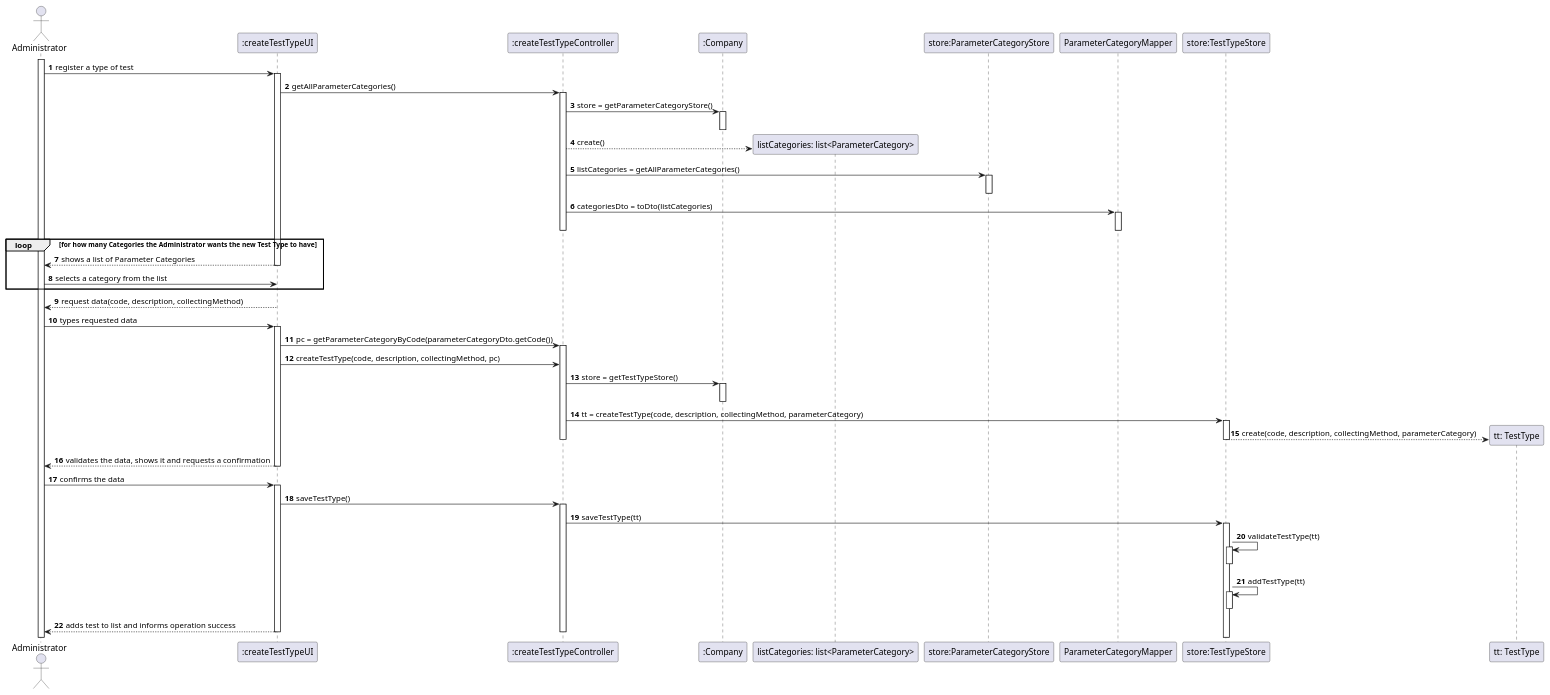
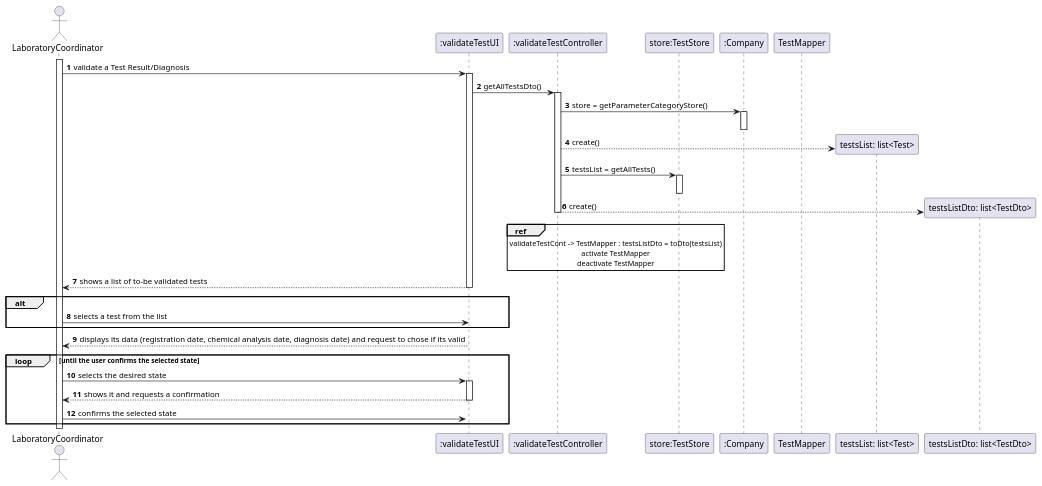
The diagram in docs/SprintC/US15/US15-SD.puml (0franciscor/lei-21-s2-1de-g19), drawn with PlantUML before and after one commit. The commit also changed 8 other files, not shown here.

Commit message:
[US-15] - Alteração dos diagramas SD e CD

```diff
--- a/docs/SprintC/US15/US15-SD.puml
+++ b/docs/SprintC/US15/US15-SD.puml
@@ -1,79 +1,67 @@
 @startuml
 autonumber
-actor "Administrator" as admin
-activate admin
+actor "LaboratoryCoordinator" as labC
+activate labC
 
-admin -> ":createTestTypeUI" : register a type of test
+participant ":validateTestUI" as validateTestUI
+participant ":validateTestController" as validateTestCont
+participant "store:TestStore" as TestStore
+participant ":Company" as comp
+participant "TestMapper" as TestMapper
+
+labC -> validateTestUI : validate a Test Result/Diagnosis
+
+activate validateTestUI
+validateTestUI -> validateTestCont: getAllTestsDto()
 
 
-activate ":createTestTypeUI"
-":createTestTypeUI" -> ":createTestTypeController": getAllParameterCategories()
+activate validateTestCont
+
+validateTestCont -> comp : store = getParameterCategoryStore()
+activate comp
+deactivate comp
 
 
-activate ":createTestTypeController"
-":createTestTypeController" -> ":Company": store = getParameterCategoryStore()
-activate ":Company"
-deactivate ":Company"
+create "testsList: list<Test>" as testsList
+
+validateTestCont --> testsList : create()
+
+validateTestCont -> TestStore : testsList = getAllTests()
+activate TestStore
+deactivate TestStore
+
+create "testsListDto: list<TestDto>" as testsListDto
+validateTestCont --> testsListDto : create()
+
+ref over validateTestCont
+validateTestCont -> TestMapper : testsListDto = toDto(testsList)
+activate TestMapper
+deactivate TestMapper
+end ref
+
+deactivate validateTestCont
+validateTestUI --> labC : shows a list of to-be validated tests
+deactivate validateTestUI
+
+alt
+labC -> validateTestUI : selects a test from the list
+end alt
+activate validateTestUI
+
+validateTestUI --> labC : displays its data (registration date, chemical analysis date, diagnosis date) and request to chose if its valid
+deactivate validateTestUI
 
 
-create "listCategories: list<ParameterCategory>"
-":createTestTypeController" --> "listCategories: list<ParameterCategory>": create()
+loop until the user confirms the selected state
+labC -> validateTestUI : selects the desired state
+activate validateTestUI
 
 
-":createTestTypeController" -> "store:ParameterCategoryStore": listCategories = getAllParameterCategories()
-activate "store:ParameterCategoryStore"
-deactivate "store:ParameterCategoryStore"
+validateTestUI --> labC : shows it and requests a confirmation
+deactivate validateTestUI
 
-
-":createTestTypeController" -> "ParameterCategoryMapper": categoriesDto = toDto(listCategories)
-activate "ParameterCategoryMapper"
-deactivate "ParameterCategoryMapper"
-deactivate ":createTestTypeController"
-
-loop for how many Categories the Administrator wants the new Test Type to have
-":createTestTypeUI" --> admin: shows a list of Parameter Categories
-deactivate ":createTestTypeUI"
-admin -> ":createTestTypeUI": selects a category from the list
+labC -> validateTestUI : confirms the selected state
+activate validateTestUI
 end
 
-activate ":createTestTypeUI"
-":createTestTypeUI" --> admin: request data(code, description, collectingMethod)
-deactivate ":createTestTypeUI"
-deactivate ":createTestTypeUI"
-admin -> ":createTestTypeUI" : types requested data
-activate ":createTestTypeUI"
-
-":createTestTypeUI" -> ":createTestTypeController": pc = getParameterCategoryByCode(parameterCategoryDto.getCode())
-activate ":createTestTypeController"
-":createTestTypeUI" -> ":createTestTypeController": createTestType(code, description, collectingMethod, pc)
-
-":createTestTypeController" -> ":Company" : store = getTestTypeStore()
-activate ":Company"
-deactivate ":Company"
-":createTestTypeController" -> "store:TestTypeStore" : tt = createTestType(code, description, collectingMethod, parameterCategory)
-activate "store:TestTypeStore"
-create "tt: TestType"
-"store:TestTypeStore" --> "tt: TestType" : create(code, description, collectingMethod, parameterCategory)
-deactivate "store:TestTypeStore"
-
-deactivate ":createTestTypeController"
-":createTestTypeUI" --> admin: validates the data, shows it and requests a confirmation
-deactivate ":createTestTypeUI"
-admin -> ":createTestTypeUI": confirms the data
-activate ":createTestTypeUI"
-":createTestTypeUI" -> ":createTestTypeController": saveTestType()
-activate ":createTestTypeController"
-
-":createTestTypeController" -> "store:TestTypeStore"++ : saveTestType(tt)
-"store:TestTypeStore" -> "store:TestTypeStore": validateTestType(tt)
-activate "store:TestTypeStore"
-deactivate "store:TestTypeStore"
-"store:TestTypeStore" -> "store:TestTypeStore": addTestType(tt)
-activate "store:TestTypeStore"
-deactivate "store:TestTypeStore"
-
-
-":createTestTypeUI" --> admin: adds test to list and informs operation success
-deactivate ":createTestTypeController"
-deactivate ":createTestTypeUI"
 @enduml
```
